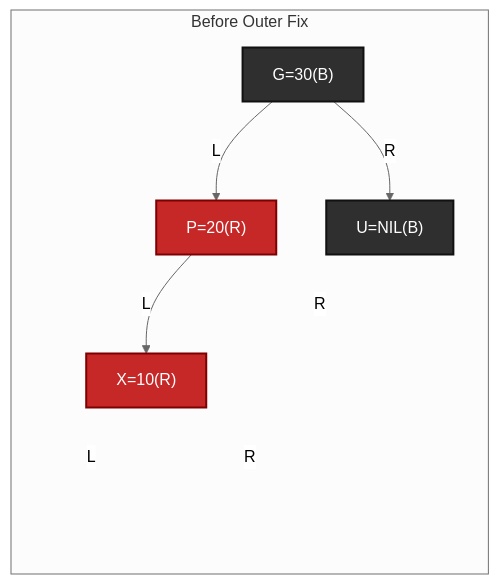
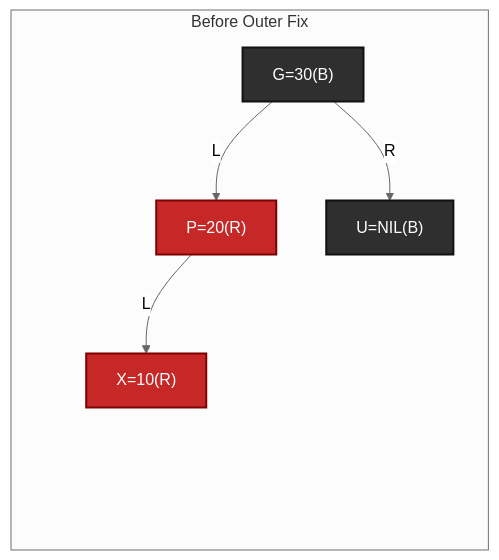
One commit to FormingSystem/linux_note changed diagram 14 of 24 in knowledge/linux/data_structures/红黑树_rb-tree/P35_红黑插入与红红冲突上推.md. Above: the diagram before and after it, drawn with Mermaid (neutral theme). The commit also changed other lines of this file and 5 other files, not shown here.

````diff
--- a/knowledge/linux/data_structures/红黑树_rb-tree/P35_红黑插入与红红冲突上推.md
+++ b/knowledge/linux/data_structures/红黑树_rb-tree/P35_红黑插入与红红冲突上推.md
@@ -781,33 +781,33 @@
 ```mermaid
 graph LR
 	subgraph "Before Outer Fix"
 		G["G=30(B)"]
 		P["P=20(R)"]
 		U["U=NIL(B)"]
 		X["X=10(R)"]
 		PR[" "]
 		XL[" "]
 		XR[" "]
 	end
 
 	G -->|"L"| P
 	G -->|"R"| U
 
 	P -->|"L"| X
-	P -->|"R"| PR
+	P --> PR
 
-	X -->|"L"| XL
-	X -->|"R"| XR
+	X --> XL
+	X --> XR
 
 	classDef black fill:#2f2f2f,stroke:#111,color:#fff,stroke-width:2px;
 	classDef red fill:#c62828,stroke:#7f0000,color:#fff,stroke-width:2px;
 	classDef ghost fill:transparent,stroke:transparent,color:transparent;
 
 	class G,U black;
 	class P,X red;
 	class PR,XL,XR ghost;
 
 	linkStyle 3 stroke:transparent;
 	linkStyle 4 stroke:transparent;
 	linkStyle 5 stroke:transparent;
 ```
````
